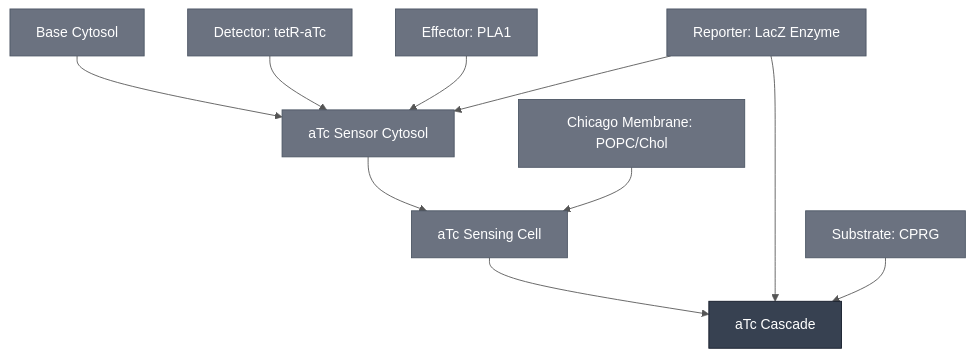
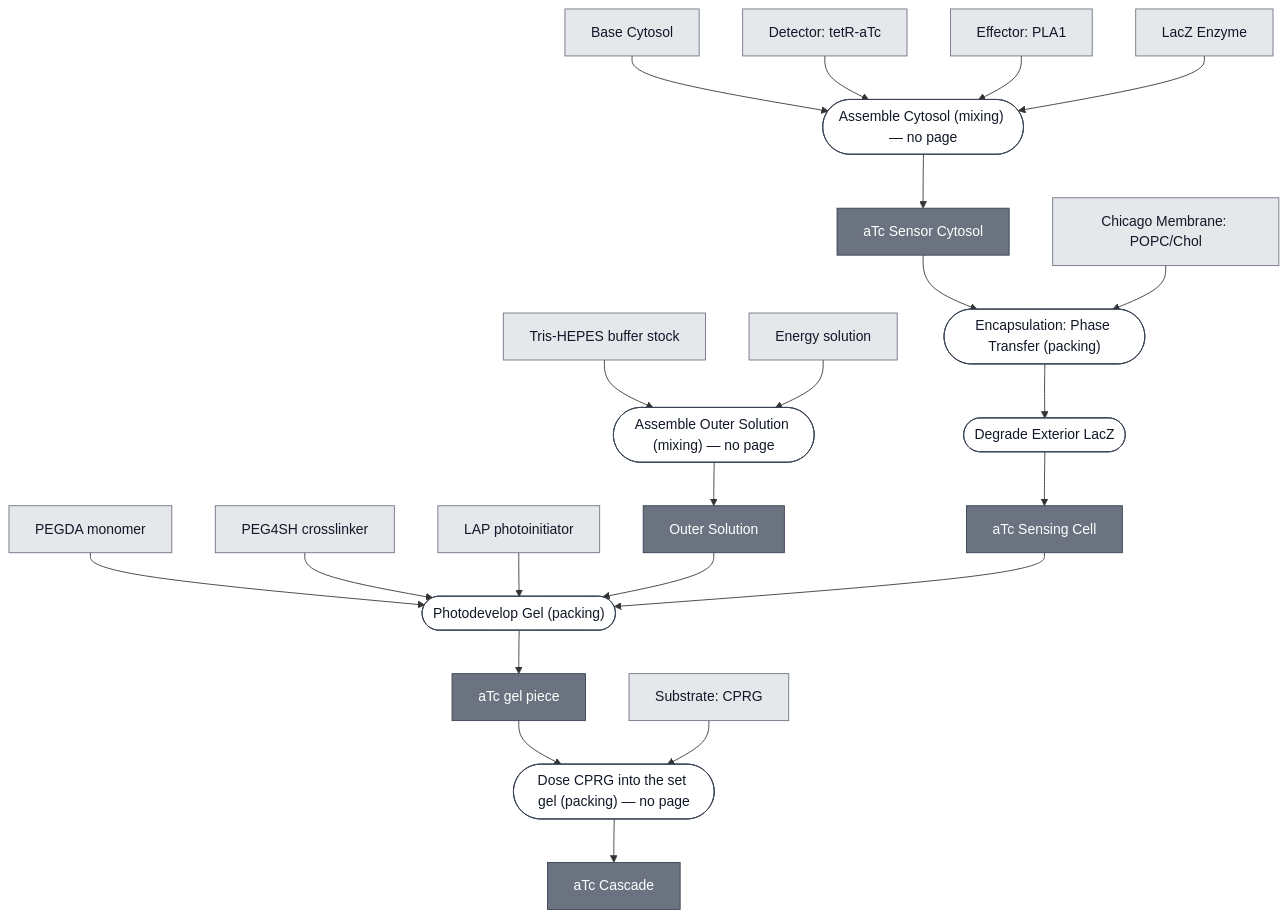
One commit to nucleus-eng/nucleus-docs changed the diagram in docs/modules/atc-cascade/spec.md. Above: the diagram before and after it, drawn with Mermaid. The commit also changed 11 other files, not shown here.

First line of the commit message:
Give the six Chicago path modules composition sources

````diff
--- a/docs/modules/atc-cascade/spec.md
+++ b/docs/modules/atc-cascade/spec.md
@@ -34,38 +34,74 @@
 ```mermaid
-%%{init: {'theme': 'base', 'themeVariables': {'lineColor': '#555555', 'edgeLabelBackground': '#ffffff'}}}%%
 flowchart TD
-    ATC_CASCADE["aTc Cascade"]
-    ATC_SENSING_CELL["aTc Sensing Cell"]
-    ATC_SENSOR_CYTOSOL["aTc Sensor Cytosol"]
     BASE_CYTOSOL["Base Cytosol"]
     DETECTOR_TETR_ATC["Detector: tetR-aTc"]
     EFFECTOR_PLA1["Effector: PLA1"]
-    MEMBRANE_POPC_CHOL_CHICAGO["Chicago Membrane: POPC/Chol"]
-    REPORTER_LACZ_ENZYME["Reporter: LacZ Enzyme"]
+    REPORTER_LACZ_ENZYME["LacZ Enzyme"]
+    MEMBRANE_CHICAGO["Chicago Membrane: POPC/Chol"]
     SUBSTRATE_CPRG["Substrate: CPRG"]
+    TRIS_HEPES_STOCK["Tris-HEPES buffer stock"]
+    ENERGY_SOLUTION["Energy solution"]
+    PEGDA_MONOMER["PEGDA monomer"]
+    PEG4SH["PEG4SH crosslinker"]
+    LAP["LAP photoinitiator"]
 
-    ATC_SENSING_CELL --> ATC_CASCADE
-    REPORTER_LACZ_ENZYME --> ATC_CASCADE
-    SUBSTRATE_CPRG --> ATC_CASCADE
-    ATC_SENSOR_CYTOSOL --> ATC_SENSING_CELL
-    MEMBRANE_POPC_CHOL_CHICAGO --> ATC_SENSING_CELL
-    BASE_CYTOSOL --> ATC_SENSOR_CYTOSOL
-    DETECTOR_TETR_ATC --> ATC_SENSOR_CYTOSOL
-    EFFECTOR_PLA1 --> ATC_SENSOR_CYTOSOL
-    REPORTER_LACZ_ENZYME --> ATC_SENSOR_CYTOSOL
+    P1_ASSEMBLE_OUTER_SOLUTION_0(["Assemble Outer Solution (mixing) — no page"])
+    CHICAGO_OUTER_SOLUTION["Outer Solution"]
+    P2_ASSEMBLE_CYTOSOL_0(["Assemble Cytosol (mixing) — no page"])
+    ATC_SENSOR_CYTOSOL["aTc Sensor Cytosol"]
+    P3_ENCAPSULATE_0(["Encapsulation: Phase Transfer (packing)"])
+    P3_ENCAPSULATE_1(["Degrade Exterior LacZ"])
+    ATC_SENSING_CELL["aTc Sensing Cell"]
+    P4_PHOTODEVELOP_GEL_0(["Photodevelop Gel (packing)"])
+    ATC_GEL["aTc gel piece"]
+    P5_DOSE_CPRG_0(["Dose CPRG into the set gel (packing) — no page"])
+    ATC_CASCADE["aTc Cascade"]
 
-    classDef constituent fill:#6B7280,color:#ffffff,stroke:#4B5563;
-    classDef this fill:#374151,color:#ffffff,stroke:#111827;
-    class ATC_SENSING_CELL,ATC_SENSOR_CYTOSOL,BASE_CYTOSOL,DETECTOR_TETR_ATC,EFFECTOR_PLA1,MEMBRANE_POPC_CHOL_CHICAGO,REPORTER_LACZ_ENZYME,SUBSTRATE_CPRG constituent;
-    class ATC_CASCADE this;
+    TRIS_HEPES_STOCK --> P1_ASSEMBLE_OUTER_SOLUTION_0
+    ENERGY_SOLUTION --> P1_ASSEMBLE_OUTER_SOLUTION_0
+    P1_ASSEMBLE_OUTER_SOLUTION_0 --> CHICAGO_OUTER_SOLUTION
 
-    click ATC_CASCADE "/docs/modules/atc-cascade/spec"
-    click ATC_SENSING_CELL "/docs/modules/atc-sensing-cell/spec"
-    click ATC_SENSOR_CYTOSOL "/docs/modules/atc-sensor-cytosol/spec"
+    BASE_CYTOSOL --> P2_ASSEMBLE_CYTOSOL_0
+    DETECTOR_TETR_ATC --> P2_ASSEMBLE_CYTOSOL_0
+    EFFECTOR_PLA1 --> P2_ASSEMBLE_CYTOSOL_0
+    REPORTER_LACZ_ENZYME --> P2_ASSEMBLE_CYTOSOL_0
+    P2_ASSEMBLE_CYTOSOL_0 --> ATC_SENSOR_CYTOSOL
+
+    ATC_SENSOR_CYTOSOL --> P3_ENCAPSULATE_0
+    MEMBRANE_CHICAGO --> P3_ENCAPSULATE_0
+    P3_ENCAPSULATE_0 --> P3_ENCAPSULATE_1
+    P3_ENCAPSULATE_1 --> ATC_SENSING_CELL
+
+    PEGDA_MONOMER --> P4_PHOTODEVELOP_GEL_0
+    PEG4SH --> P4_PHOTODEVELOP_GEL_0
+    LAP --> P4_PHOTODEVELOP_GEL_0
+    CHICAGO_OUTER_SOLUTION --> P4_PHOTODEVELOP_GEL_0
+    ATC_SENSING_CELL --> P4_PHOTODEVELOP_GEL_0
+    P4_PHOTODEVELOP_GEL_0 --> ATC_GEL
+
+    ATC_GEL --> P5_DOSE_CPRG_0
+    SUBSTRATE_CPRG --> P5_DOSE_CPRG_0
+    P5_DOSE_CPRG_0 --> ATC_CASCADE
+
+
+    classDef leaf     fill:#e5e7eb,stroke:#6b7280,color:#111827;
+    classDef composed fill:#6b7280,stroke:#374151,color:#ffffff;
+    classDef process  fill:#ffffff,stroke:#374151,color:#111827;
+    class BASE_CYTOSOL,DETECTOR_TETR_ATC,EFFECTOR_PLA1,REPORTER_LACZ_ENZYME,MEMBRANE_CHICAGO,SUBSTRATE_CPRG,TRIS_HEPES_STOCK,ENERGY_SOLUTION,PEGDA_MONOMER,PEG4SH,LAP leaf;
+    class CHICAGO_OUTER_SOLUTION,ATC_SENSOR_CYTOSOL,ATC_SENSING_CELL,ATC_GEL,ATC_CASCADE composed;
+    class P1_ASSEMBLE_OUTER_SOLUTION_0,P2_ASSEMBLE_CYTOSOL_0,P3_ENCAPSULATE_0,P3_ENCAPSULATE_1,P4_PHOTODEVELOP_GEL_0,P5_DOSE_CPRG_0 process;
+
     click BASE_CYTOSOL "/docs/modules/base-cytosol/spec"
     click DETECTOR_TETR_ATC "/docs/modules/detector-tetr-atc/spec"
     click EFFECTOR_PLA1 "/docs/modules/effector-pla1/spec"
-    click MEMBRANE_POPC_CHOL_CHICAGO "/docs/modules/membrane-popc-chol-chicago/spec"
     click REPORTER_LACZ_ENZYME "/docs/modules/reporter-lacz-enzyme/spec"
+    click MEMBRANE_CHICAGO "/docs/modules/membrane-popc-chol-chicago/spec"
     click SUBSTRATE_CPRG "/docs/modules/substrate-cprg/spec"
+    click PEGDA_MONOMER "/docs/modules/gel-pegda/spec"
+    click ATC_SENSOR_CYTOSOL "/docs/modules/atc-sensor-cytosol/spec"
+    click P3_ENCAPSULATE_0 "/docs/processes/assemble-base-cell/main"
+    click P3_ENCAPSULATE_1 "/docs/processes/degrade-exterior-lacz/main"
+    click ATC_SENSING_CELL "/docs/modules/atc-sensing-cell/spec"
+    click P4_PHOTODEVELOP_GEL_0 "/docs/processes/photodevelop-gel/main"
+    click ATC_CASCADE "/docs/modules/atc-cascade/spec"
 ```
````
